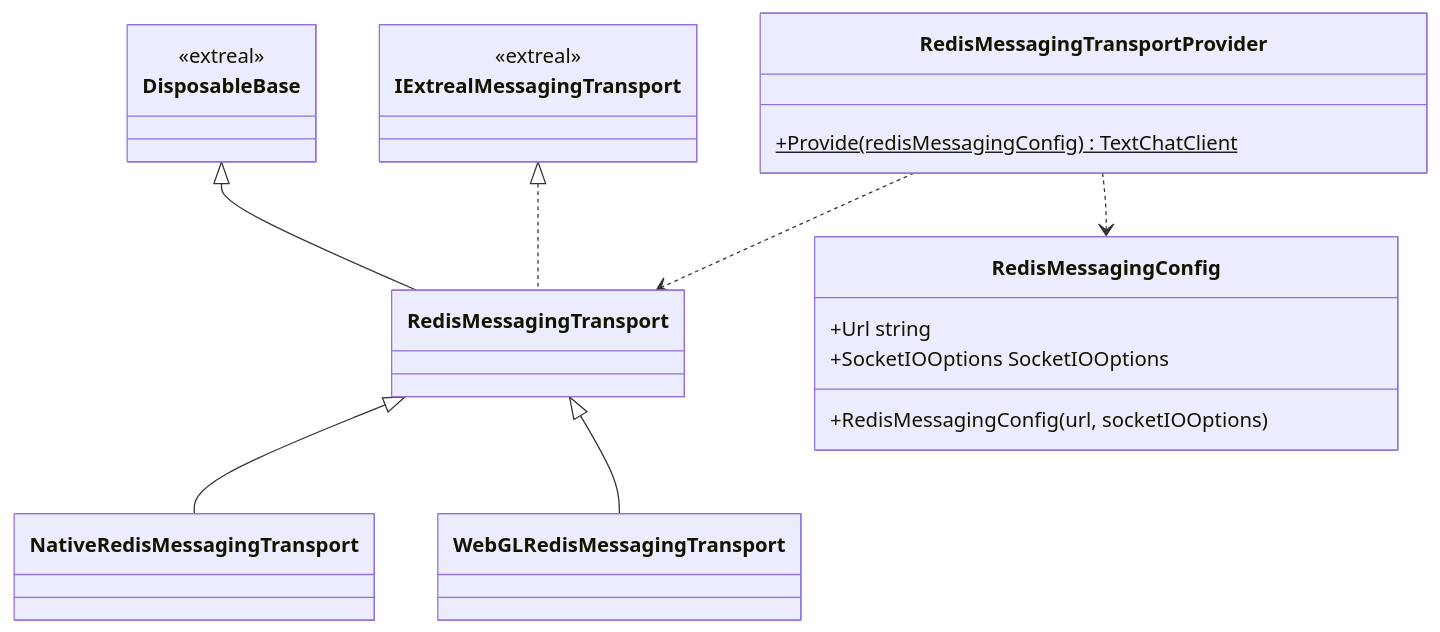
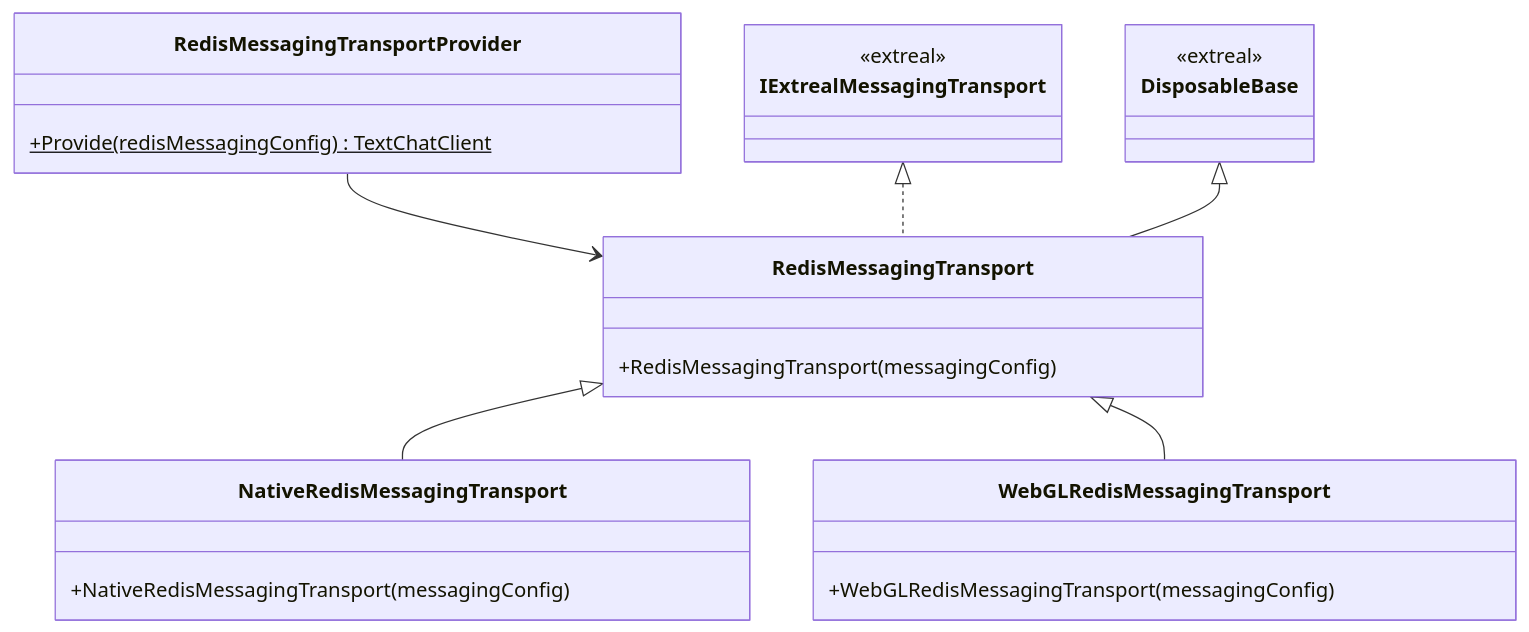
The first of 2 diagrams in docs/integration/messaging.redis.md (extreal-dev/Extreal.Guide), drawn with Mermaid before and after one commit. The commit also changed other lines of this file and 8 other files, not shown here.

````diff
--- a/docs/integration/messaging.redis.md
+++ b/docs/integration/messaging.redis.md
@@ -21,37 +22,33 @@
 ```mermaid
 classDiagram
 
-    RedisMessagingTransportProvider ..> RedisMessagingTransport
-    RedisMessagingTransportProvider ..> RedisMessagingConfig
+    RedisMessagingTransportProvider --> RedisMessagingTransport
     RedisMessagingTransport <|-- NativeRedisMessagingTransport
     RedisMessagingTransport <|-- WebGLRedisMessagingTransport
     IExtrealMessagingTransport <|.. RedisMessagingTransport
     DisposableBase <|-- RedisMessagingTransport
 
     class RedisMessagingTransportProvider {
         +Provide(redisMessagingConfig)$ TextChatClient
     }
     
-    class RedisMessagingConfig {
-        +Url string
-        +SocketIOOptions SocketIOOptions
-        +RedisMessagingConfig(url, socketIOOptions)
-    }
-    
     class RedisMessagingTransport {
+        +RedisMessagingTransport(messagingConfig)
     }
     
     class NativeRedisMessagingTransport {
+        +NativeRedisMessagingTransport(messagingConfig) 
     }
     
     class WebGLRedisMessagingTransport {
+        +WebGLRedisMessagingTransport(messagingConfig)
     }
 
     class IExtrealMessagingTransport {
         <<extreal>>
     }
 
     class DisposableBase {
         <<extreal>>
     }
 ```
````
